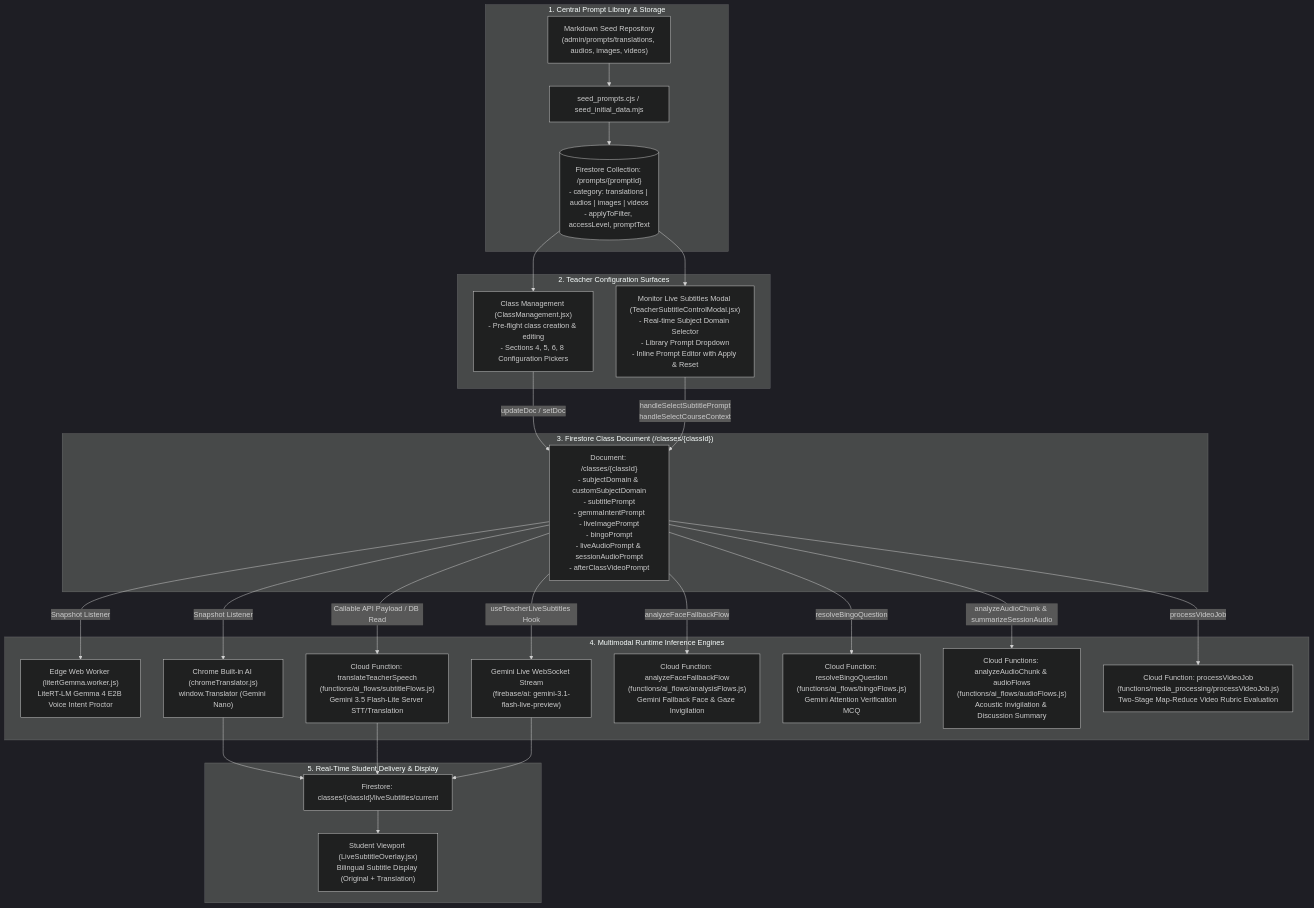
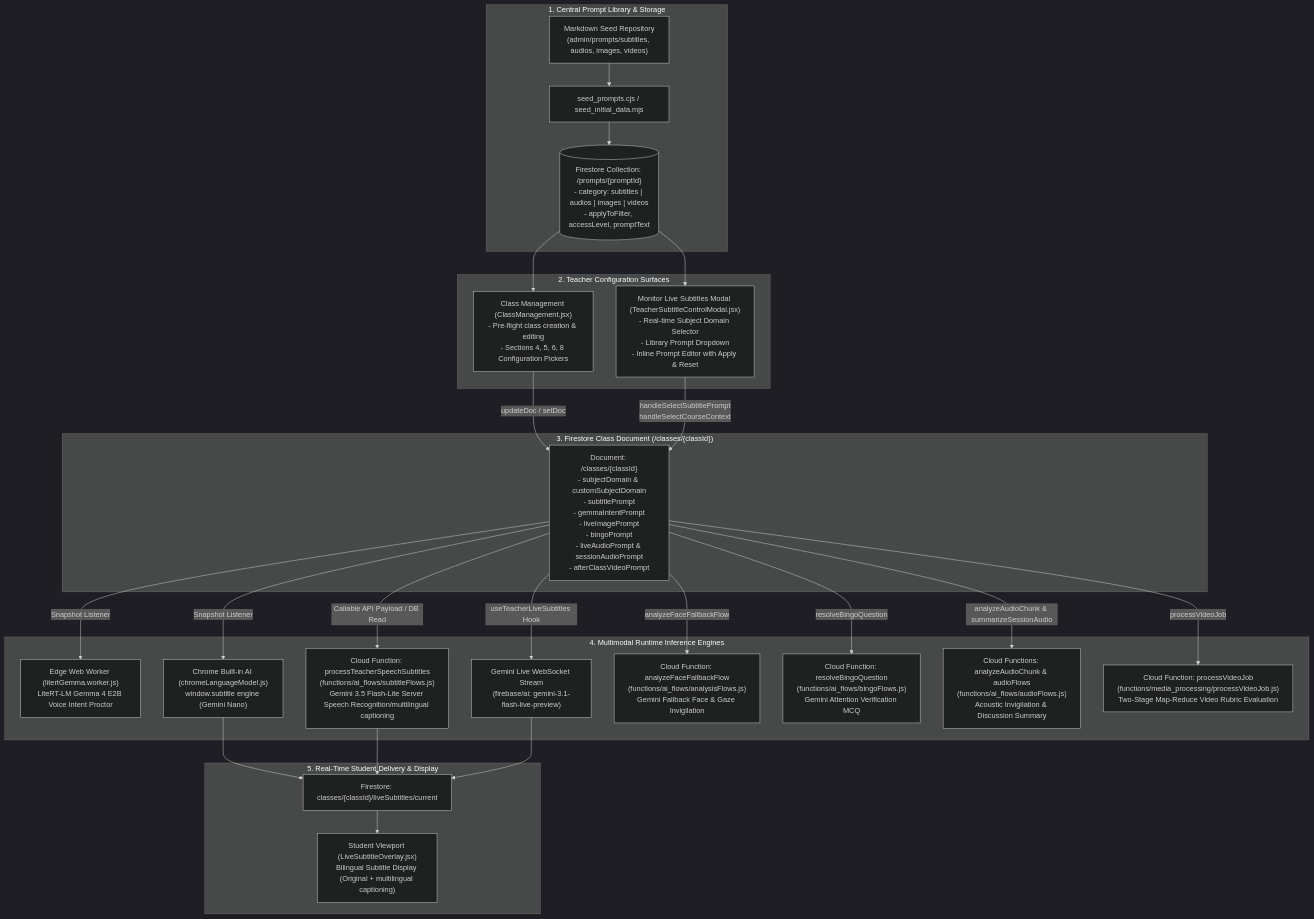
Before and after one commit to wongcyrus/Google-AI-Classroom: the first of 5 diagrams in docs/teacher-ai-prompt-configuration-guide.md, drawn with Mermaid (dark theme). The commit also changed other lines of this file and 44 other files, not shown here.

````diff
--- a/docs/teacher-ai-prompt-configuration-guide.md
+++ b/docs/teacher-ai-prompt-configuration-guide.md
@@ -22,35 +22,35 @@
 ```mermaid
 flowchart TD
     subgraph Catalog ["1. Central Prompt Library & Storage"]
-        SeedMD["Markdown Seed Repository\n(admin/prompts/translations, audios, images, videos)"] --> SeedScript["seed_prompts.cjs / seed_initial_data.mjs"]
-        SeedScript --> FSPrompts[("Firestore Collection: /prompts/{promptId}\n- category: translations | audios | images | videos\n- applyToFilter, accessLevel, promptText")]
+        SeedMD["Markdown Seed Repository\n(admin/prompts/subtitles, audios, images, videos)"] --> SeedScript["seed_prompts.cjs / seed_initial_data.mjs"]
+        SeedScript --> FSPrompts[("Firestore Collection: /prompts/{promptId}\n- category: subtitles | audios | images | videos\n- applyToFilter, accessLevel, promptText")]
     end
 
     subgraph TeacherUI ["2. Teacher Configuration Surfaces"]
         FSPrompts --> CM["Class Management (ClassManagement.jsx)\n- Pre-flight class creation & editing\n- Sections 4, 5, 6, 8 Configuration Pickers"]
         FSPrompts --> MonModal["Monitor Live Subtitles Modal (TeacherSubtitleControlModal.jsx)\n- Real-time Subject Domain Selector\n- Library Prompt Dropdown\n- Inline Prompt Editor with Apply & Reset"]
     end
 
     subgraph StatePersistence ["3. Firestore Class Document (/classes/{classId})"]
         CM -->|"updateDoc / setDoc"| ClassDoc["Document: /classes/{classId}\n- subjectDomain & customSubjectDomain\n- subtitlePrompt\n- gemmaIntentPrompt\n- liveImagePrompt\n- bingoPrompt\n- liveAudioPrompt & sessionAudioPrompt\n- afterClassVideoPrompt"]
         MonModal -->|"handleSelectSubtitlePrompt\nhandleSelectCourseContext"| ClassDoc
     end
 
     subgraph RuntimeConsumers ["4. Multimodal Runtime Inference Engines"]
         ClassDoc -->|"Snapshot Listener"| EdgeGemma["Edge Web Worker (litertGemma.worker.js)\nLiteRT-LM Gemma 4 E2B Voice Intent Proctor"]
-        ClassDoc -->|"Snapshot Listener"| ChromeAI["Chrome Built-in AI (chromeTranslator.js)\nwindow.Translator (Gemini Nano)"]
-        ClassDoc -->|"Callable API Payload / DB Read"| CFSubtitles["Cloud Function: translateTeacherSpeech\n(functions/ai_flows/subtitleFlows.js)\nGemini 3.5 Flash-Lite Server STT/Translation"]
+        ClassDoc -->|"Snapshot Listener"| ChromeAI["Chrome Built-in AI (chromeLanguageModel.js)\nwindow.subtitle engine (Gemini Nano)"]
+        ClassDoc -->|"Callable API Payload / DB Read"| CFSubtitles["Cloud Function: processTeacherSpeechSubtitles\n(functions/ai_flows/subtitleFlows.js)\nGemini 3.5 Flash-Lite Server Speech Recognition/multilingual captioning"]
         ClassDoc -->|"useTeacherLiveSubtitles Hook"| GeminiLive["Gemini Live WebSocket Stream\n(firebase/ai: gemini-3.1-flash-live-preview)"]
         ClassDoc -->|"analyzeFaceFallbackFlow"| CFVision["Cloud Function: analyzeFaceFallbackFlow\n(functions/ai_flows/analysisFlows.js)\nGemini Fallback Face & Gaze Invigilation"]
         ClassDoc -->|"resolveBingoQuestion"| CFBingo["Cloud Function: resolveBingoQuestion\n(functions/ai_flows/bingoFlows.js)\nGemini Attention Verification MCQ"]
         ClassDoc -->|"analyzeAudioChunk & summarizeSessionAudio"| CFAudio["Cloud Functions: analyzeAudioChunk & audioFlows\n(functions/ai_flows/audioFlows.js)\nAcoustic Invigilation & Discussion Summary"]
         ClassDoc -->|"processVideoJob"| CFVideo["Cloud Function: processVideoJob\n(functions/media_processing/processVideoJob.js)\nTwo-Stage Map-Reduce Video Rubric Evaluation"]
     end
 
     subgraph Distribution ["5. Real-Time Student Delivery & Display"]
         ChromeAI --> SubChannel["Firestore: classes/{classId}/liveSubtitles/current"]
         CFSubtitles --> SubChannel
         GeminiLive --> SubChannel
-        SubChannel --> StudentOverlay["Student Viewport (LiveSubtitleOverlay.jsx)\nBilingual Subtitle Display (Original + Translation)"]
+        SubChannel --> StudentOverlay["Student Viewport (LiveSubtitleOverlay.jsx)\nBilingual Subtitle Display (Original + multilingual captioning)"]
     end
 ```
````
